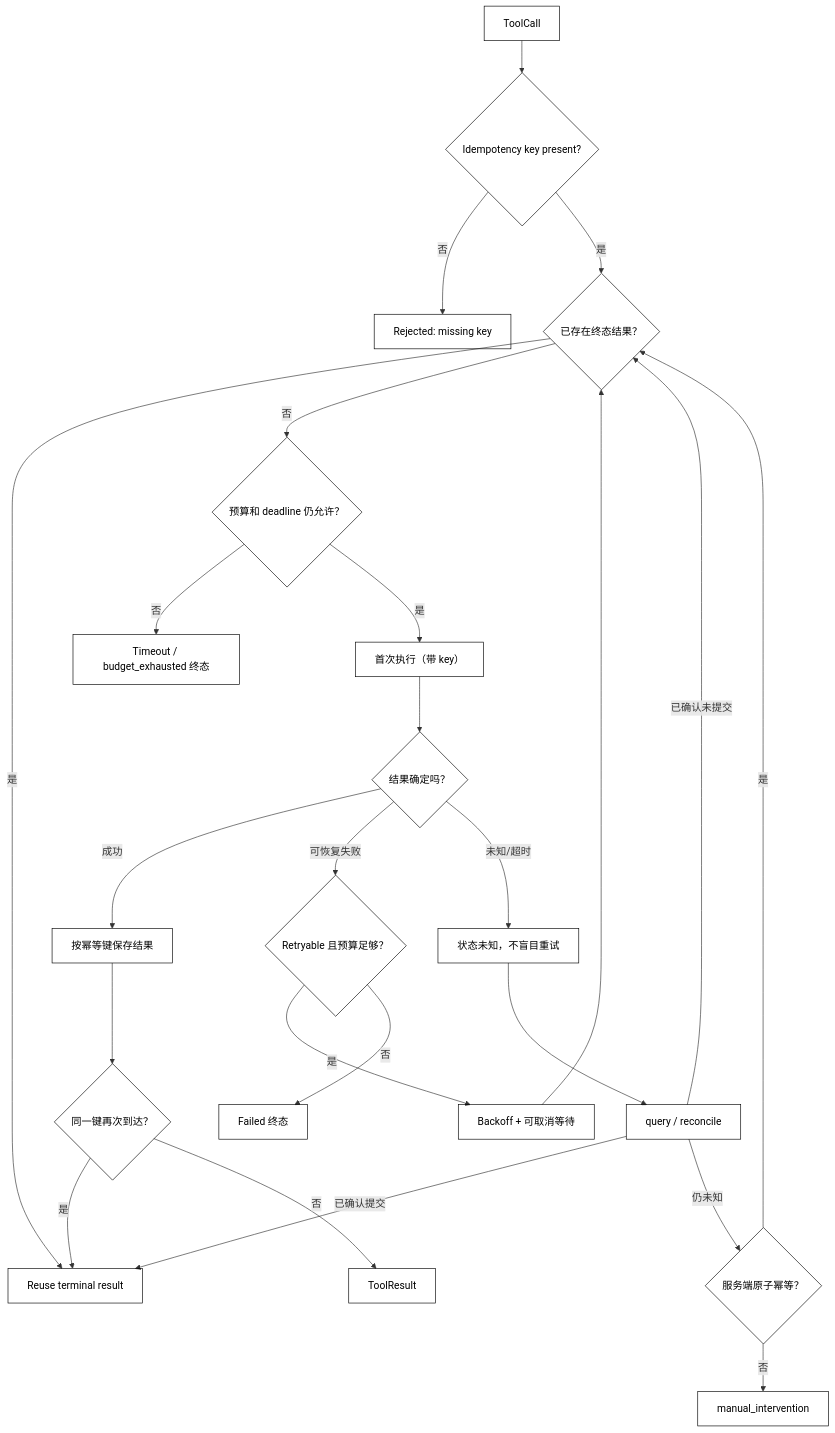
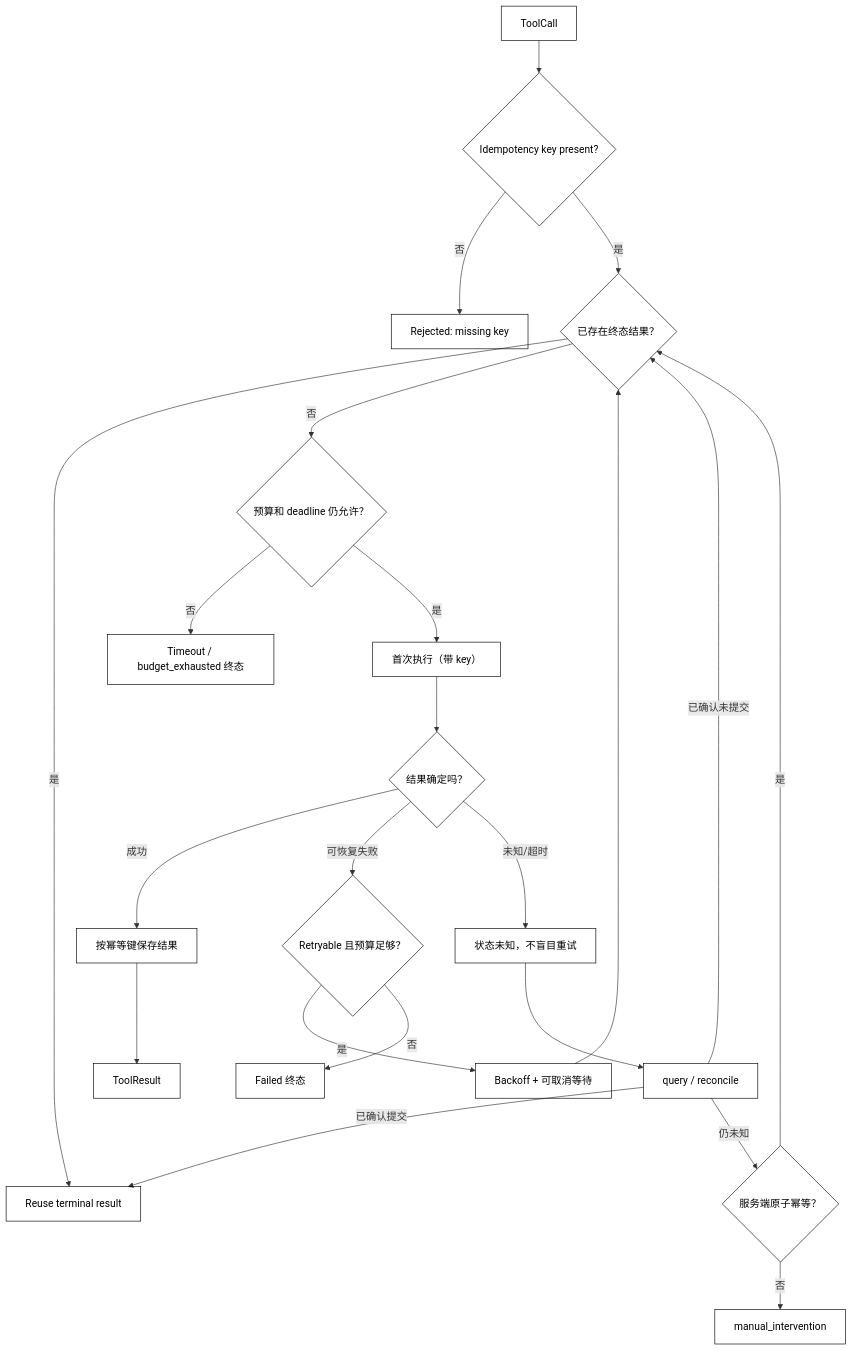
One commit to clint-sfy/clintsfy.github.io changed the diagram in docs/courses/agent/04-Tool-Calling与Agent-Loop/07-超时重试幂等与去重.md. Above: the diagram before and after it, drawn with Mermaid. The commit also changed other lines of this file and 2 other files, not shown here.

Commit message:
docs(agent): clarify retry and trace terminal states

````diff
--- a/docs/courses/agent/04-Tool-Calling与Agent-Loop/07-超时重试幂等与去重.md
+++ b/docs/courses/agent/04-Tool-Calling与Agent-Loop/07-超时重试幂等与去重.md
@@ -29,29 +29,27 @@
 ```mermaid
 flowchart TD
     Call["ToolCall"] --> Key{"Idempotency key present?"}
     Key -->|否| MissingKey["Rejected: missing key"]
     Key -->|是| Existing{"已存在终态结果？"}
     Existing -->|是| Reuse["Reuse terminal result"]
     Existing -->|否| Deadline{"预算和 deadline 仍允许？"}
     Deadline -->|否| Timeout["Timeout / budget_exhausted 终态"]
     Deadline -->|是| Execute["首次执行（带 key）"]
     Execute --> Outcome{"结果确定吗？"}
     Outcome -->|成功| Store["按幂等键保存结果"]
     Outcome -->|可恢复失败| Classify{"Retryable 且预算足够？"}
     Classify -->|是| Backoff["Backoff + 可取消等待"]
     Backoff --> Existing
     Classify -->|否| Failed["Failed 终态"]
     Outcome -->|未知/超时| Unknown["状态未知，不盲目重试"]
     Unknown --> Query["query / reconcile"]
     Query -->|已确认提交| Reuse
     Query -->|已确认未提交| Existing
     Query -->|仍未知| Atomic{"服务端原子幂等？"}
     Atomic -->|是| Existing
     Atomic -->|否| Manual["manual_intervention"]
-    Store --> Duplicate{"同一键再次到达？"}
-    Duplicate -->|是| Reuse
-    Duplicate -->|否| Result["ToolResult"]
+    Store --> Result["ToolResult"]
 
     classDef core fill:transparent,stroke:currentColor,color:currentColor,stroke-width:1px;
-    class Call,Key,MissingKey,Existing,Reuse,Deadline,Timeout,Execute,Outcome,Store,Classify,Backoff,Failed,Unknown,Query,Atomic,Manual,Duplicate,Result core;
+    class Call,Key,MissingKey,Existing,Reuse,Deadline,Timeout,Execute,Outcome,Store,Classify,Backoff,Failed,Unknown,Query,Atomic,Manual,Result core;
 ```
````
